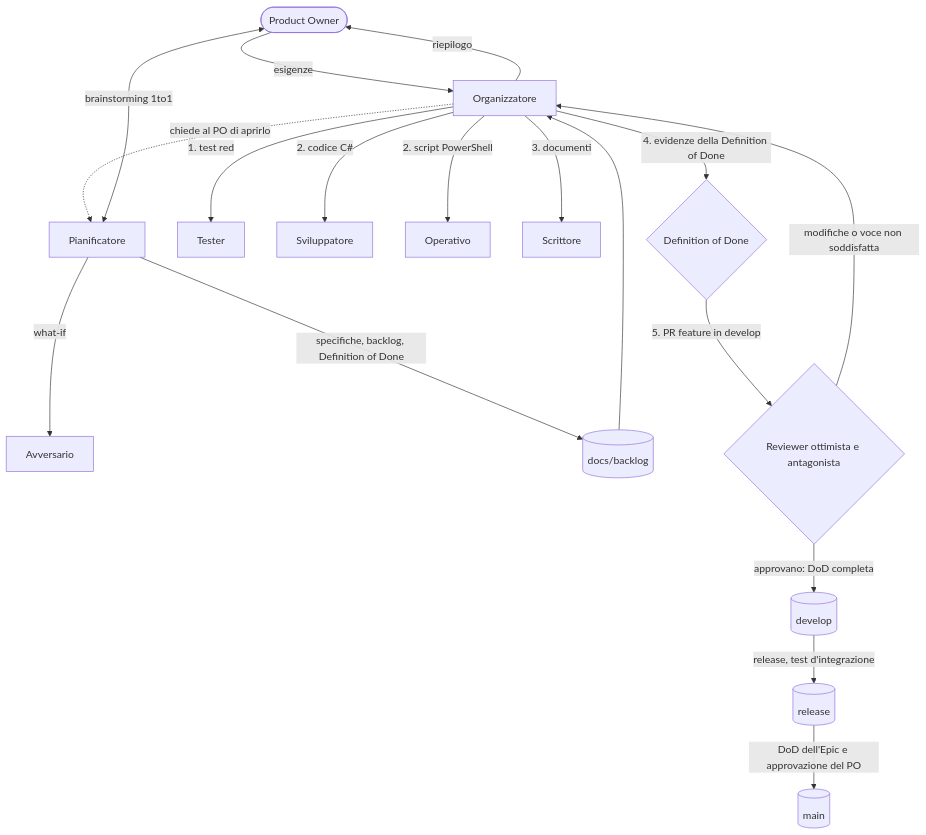
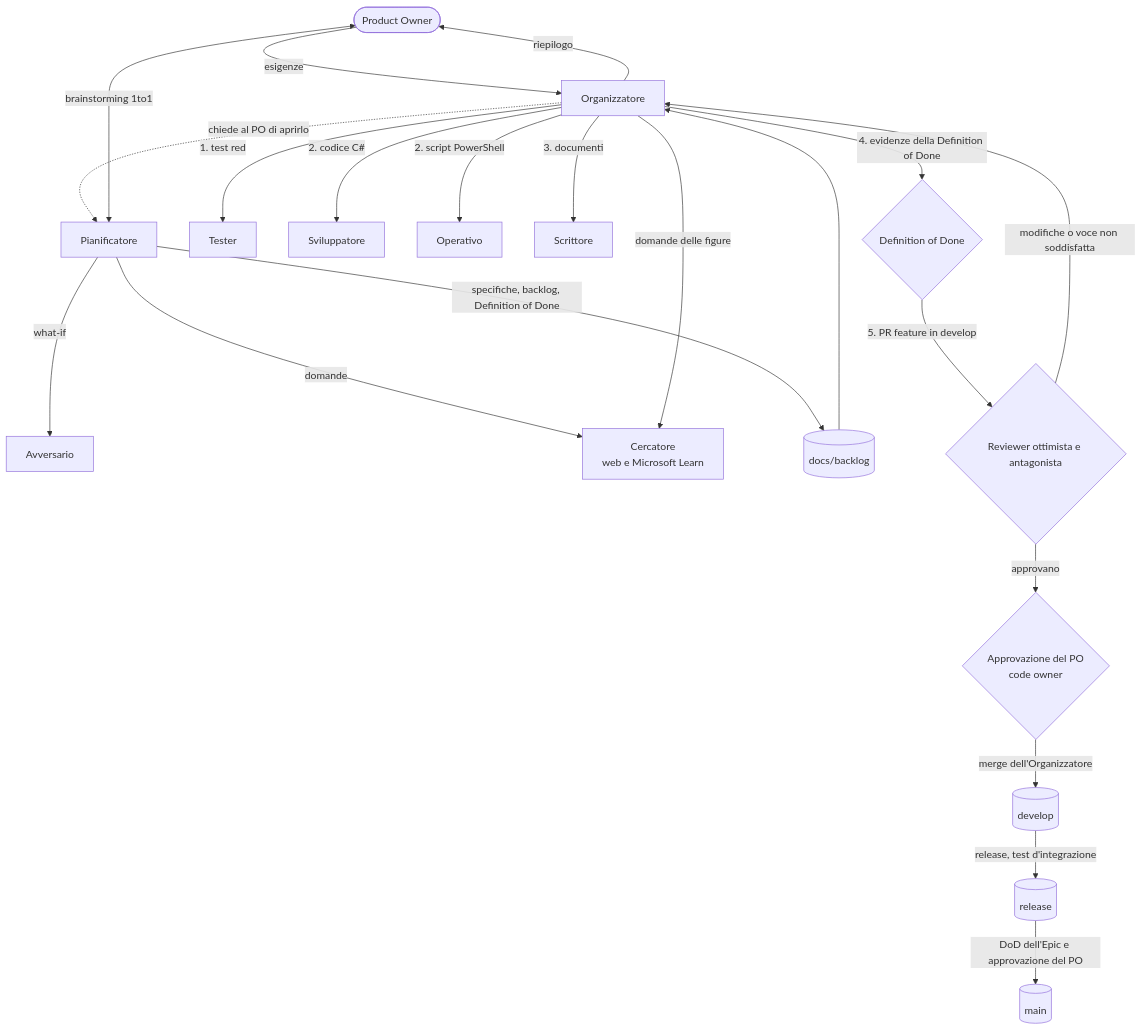
Before and after one commit to giulianolatini/WPC2026: the diagram in examples/agents/docs/team/workflow.md, drawn with Mermaid. The commit also changed other lines of this file and 8 other files, not shown here.

First line of the commit message:
feat(examples): add the Cercatore agent for web and Microsoft Learn research

````diff
--- a/examples/agents/docs/team/workflow.md
+++ b/examples/agents/docs/team/workflow.md
@@ -21,20 +22,23 @@
 ```mermaid
 flowchart TD
     PO([Product Owner]) -->|esigenze| ORG[Organizzatore]
     ORG -.->|chiede al PO di aprirlo| PIA[Pianificatore]
     PO <-->|brainstorming 1to1| PIA
     PIA -->|what-if| AVV[Avversario]
+    PIA -->|domande| CER[Cercatore<br/>web e Microsoft Learn]
+    ORG -->|domande delle figure| CER
     PIA -->|specifiche, backlog, Definition of Done| BL[(docs/backlog)]
     BL --> ORG
     ORG -->|1. test red| TES[Tester]
     ORG -->|2. codice C#| SVI[Sviluppatore]
     ORG -->|2. script PowerShell| OPE[Operativo]
     ORG -->|3. documenti| SCR[Scrittore]
     ORG -->|4. evidenze della Definition of Done| DOD{Definition of Done}
     DOD -->|5. PR feature in develop| REV{Reviewer ottimista e antagonista}
-    REV -->|approvano: DoD completa| DEV[(develop)]
+    REV -->|approvano| APP{Approvazione del PO<br/>code owner}
+    APP -->|merge dell'Organizzatore| DEV[(develop)]
     REV -->|modifiche o voce non soddisfatta| ORG
     DEV -->|release, test d'integrazione| REL[(release)]
     REL -->|DoD dell'Epic e approvazione del PO| MAIN[(main)]
     ORG -->|riepilogo| PO
 ```
````
